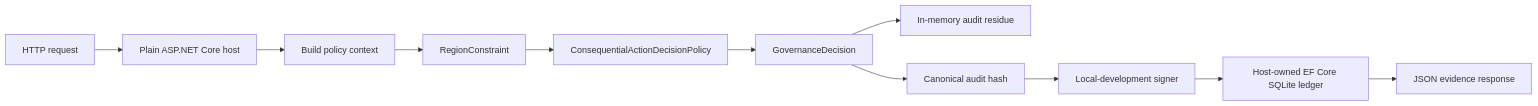
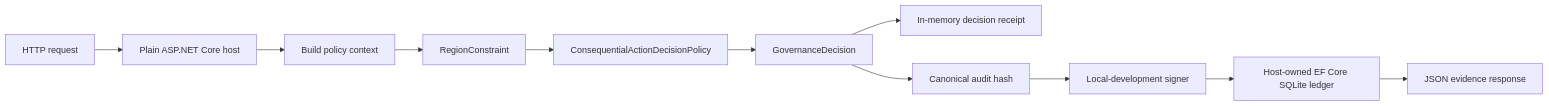
One commit to AsiBackbone/AsiBackbone changed the diagram in docs/articles/reference-deployment.md. Above: the diagram before and after it, drawn with Mermaid. The commit also changed other lines of this file and 565 other files, not shown here.

````diff
--- a/docs/articles/reference-deployment.md
+++ b/docs/articles/reference-deployment.md
@@ -22,13 +22,13 @@
 ```mermaid
 flowchart LR
     Request["HTTP request"] --> Host["Plain ASP.NET Core host"]
     Host --> Context["Build policy context"]
     Context --> Constraint["RegionConstraint"]
     Constraint --> Policy["ConsequentialActionDecisionPolicy"]
     Policy --> Decision["GovernanceDecision"]
-    Decision --> Audit["In-memory audit residue"]
+    Decision --> Audit["In-memory decision receipt"]
     Decision --> Hash["Canonical audit hash"]
     Hash --> Sign["Local-development signer"]
     Sign --> Ledger["Host-owned EF Core SQLite ledger"]
     Ledger --> Response["JSON evidence response"]
 ```
````
